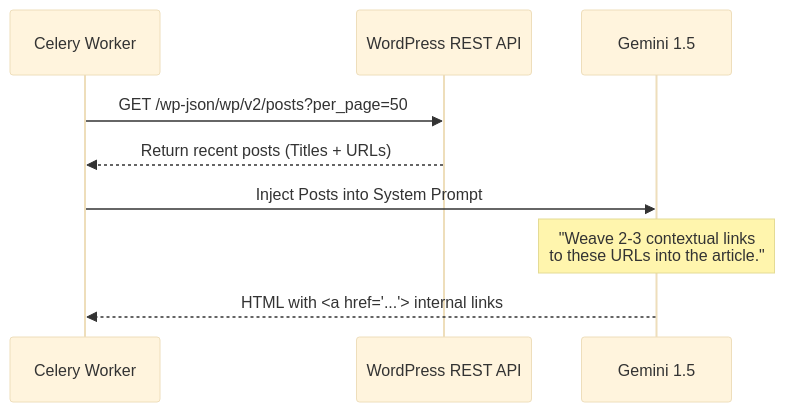
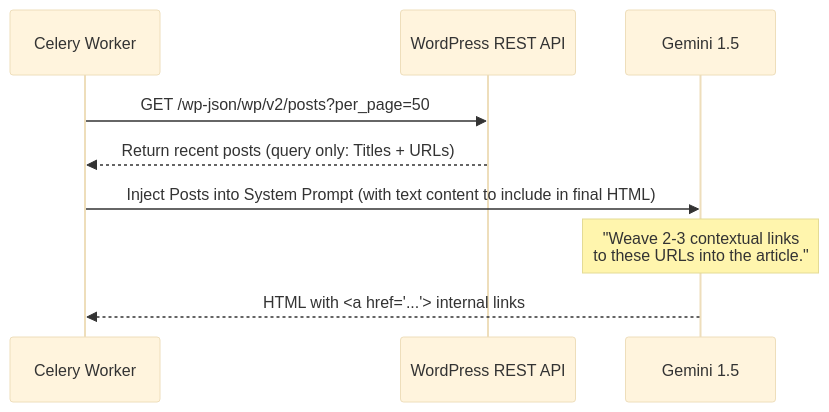
One commit to amhakimouse/auto-blog changed the second of 4 diagrams in suggestions3.md. Above: the diagram before and after it, drawn with Mermaid (base theme). The commit also changed other lines of this file and 15 other files, not shown here.

````diff
--- a/suggestions3.md
+++ b/suggestions3.md
@@ -33,12 +34,12 @@
 ```mermaid
 sequenceDiagram
     participant Worker as Celery Worker
     participant WP as WordPress REST API
     participant Gemini as Gemini 1.5
 
     Worker->>WP: GET /wp-json/wp/v2/posts?per_page=50
-    WP-->>Worker: Return recent posts (Titles + URLs)
-    Worker->>Gemini: Inject Posts into System Prompt
+    WP-->>Worker: Return recent posts (query only: Titles + URLs)
+    Worker->>Gemini: Inject Posts into System Prompt (with text content to include in final HTML)
     Note over Gemini: "Weave 2-3 contextual links<br/>to these URLs into the article."
     Gemini-->>Worker: HTML with <a href="..."> internal links
 ```
````
